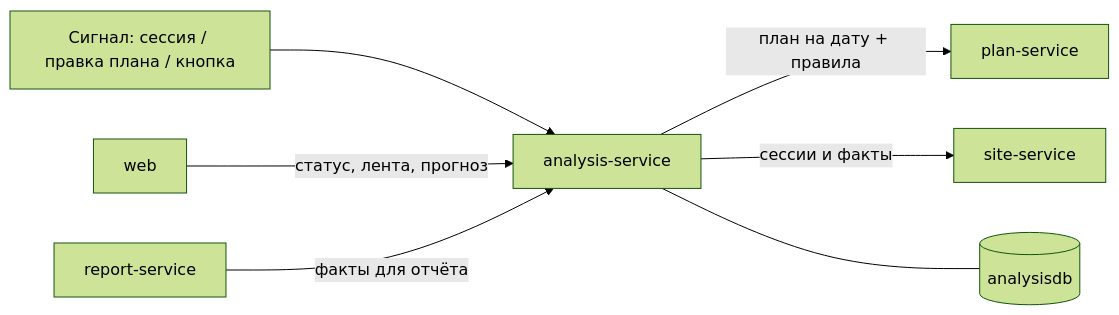
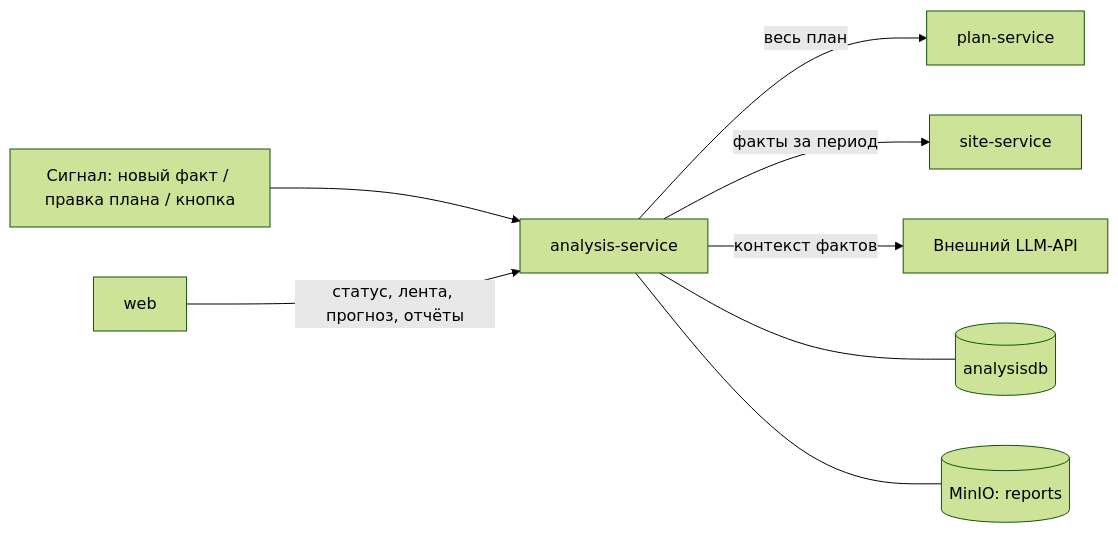
Before and after one commit to cerXXXX/ConstructionSupervision: the diagram in services/analysis-service/README.md, drawn with Mermaid (forest theme). The commit also changed other lines of this file and 45 other files, not shown here.

````diff
--- a/services/analysis-service/README.md
+++ b/services/analysis-service/README.md
@@ -16,9 +22,10 @@
 ```mermaid
 flowchart LR
-    TR["Сигнал: сессия / правка плана / кнопка"] --> ANL
-    ANL["analysis-service"] -->|"план на дату + правила"| PLAN["plan-service"]
-    ANL -->|"сессии и факты"| SITE["site-service"]
+    SIG["Сигнал: новый факт / правка плана / кнопка"] --> ANL
+    ANL["analysis-service"] -->|"весь план"| PLAN["plan-service"]
+    ANL -->|"факты за период"| SITE["site-service"]
+    ANL -->|"контекст фактов"| LLM["Внешний LLM-API"]
     ANL --- DB[("analysisdb")]
-    WEB["web"] -->|"статус, лента, прогноз"| ANL
-    REP["report-service"] -->|"факты для отчёта"| ANL
+    ANL --- S3[("MinIO: reports")]
+    WEB["web"] -->|"статус, лента, прогноз, отчёты"| ANL
 ```
````
